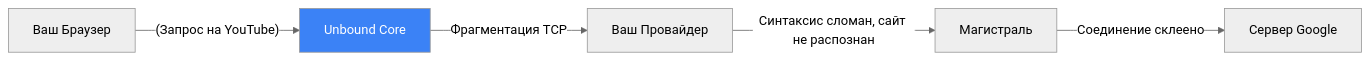
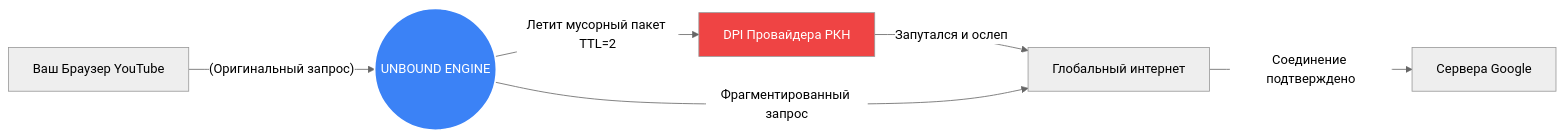
One commit to bobberdolle1/unbound changed the diagram in README.md. Above: the diagram before and after it, drawn with Mermaid (neutral theme). The commit also changed other lines of this file, not shown here.

````diff
--- a/README.md
+++ b/README.md
@@ -48,8 +56,10 @@
 ```mermaid
 graph LR
-    A[Ваш Браузер] --(Запрос на YouTube)--> B[Unbound Core]
-    B --Фрагментация TCP--> C[Ваш Провайдер]
-    C --Синтаксис сломан, сайт не распознан--> D[Магистраль]
-    D --Соединение склеено--> E[Сервер Google]
-    style B fill:#3b82f6,color:#fff
+    A[Ваш Браузер YouTube] --(Оригинальный запрос)--> B((UNBOUND ENGINE))
+    B --Летит мусорный пакет TTL=2--> C[DPI Провайдера РКН]
+    C --Запутался и ослеп--> D
+    B --Фрагментированный запрос--> D[Глобальный интернет]
+    D --Соединение подтверждено--> E[Сервера Google]
+    style B fill:#3b82f6,color:#fff,stroke:#fff,stroke-width:2px
+    style C fill:#ef4444,color:#fff
 ```
````
